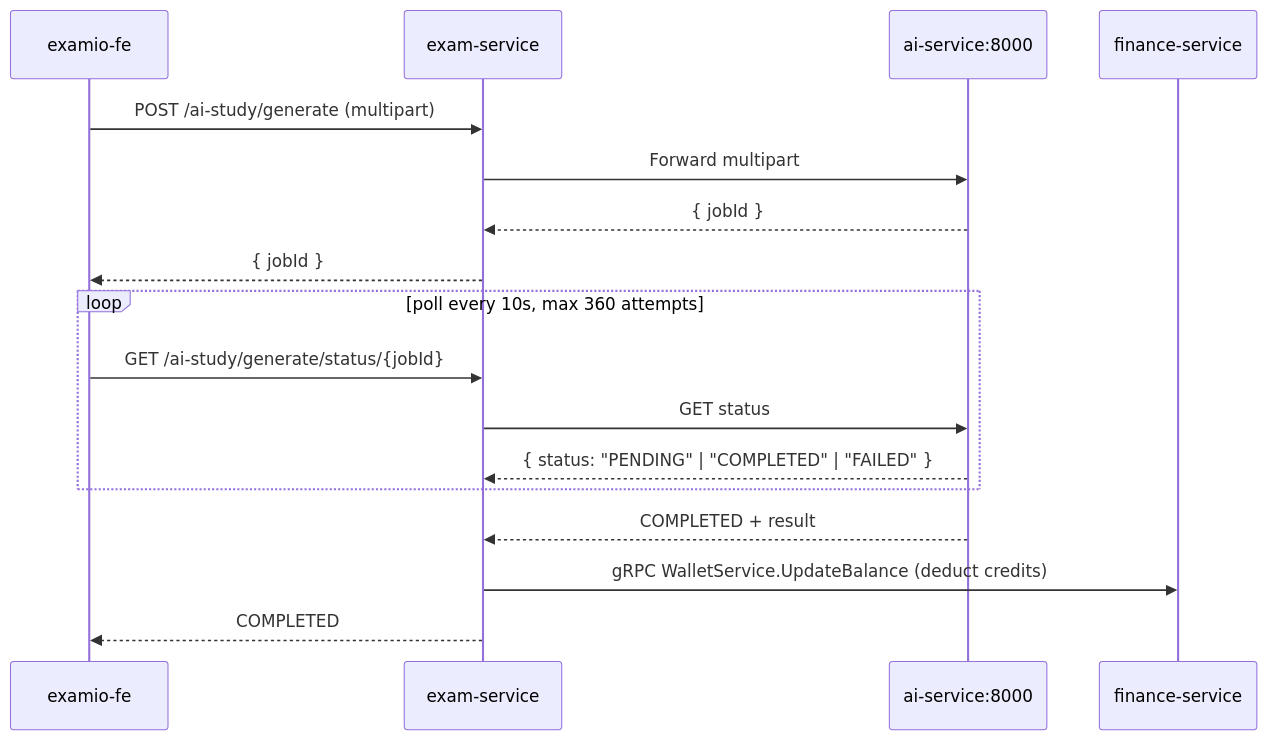
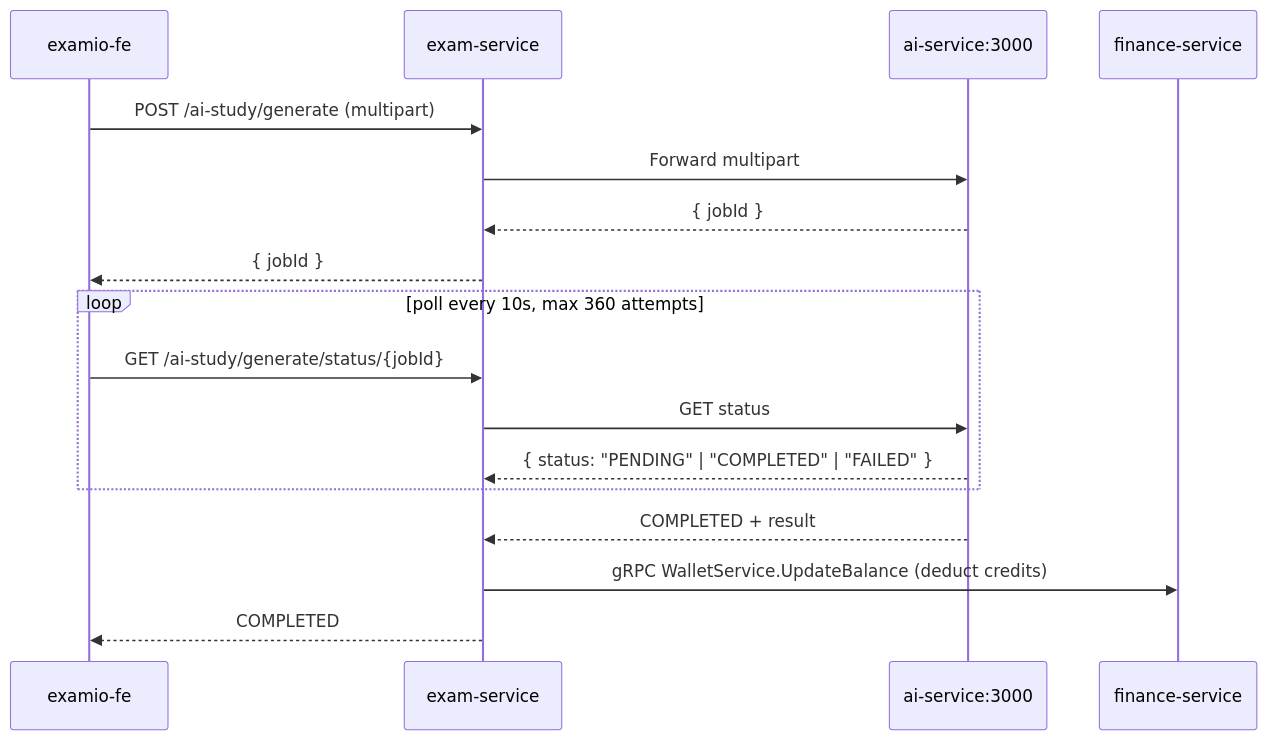
One commit to tgiap04/examio changed the fifth of 8 diagrams in docs/system/architecture.md. Above: the diagram before and after it, drawn with Mermaid. The commit also changed other lines of this file and 6 other files, not shown here.

````diff
--- a/docs/system/architecture.md
+++ b/docs/system/architecture.md
@@ -153,19 +153,19 @@
 ```mermaid
 sequenceDiagram
     participant FE as examio-fe
     participant EX as exam-service
-    participant AI as ai-service:8000
+    participant AI as ai-service:3000
     participant FIN as finance-service
     FE->>EX: POST /ai-study/generate (multipart)
     EX->>AI: Forward multipart
     AI-->>EX: { jobId }
     EX-->>FE: { jobId }
     loop poll every 10s, max 360 attempts
         FE->>EX: GET /ai-study/generate/status/{jobId}
         EX->>AI: GET status
         AI-->>EX: { status: "PENDING" | "COMPLETED" | "FAILED" }
     end
     AI-->>EX: COMPLETED + result
     EX->>FIN: gRPC WalletService.UpdateBalance (deduct credits)
     EX-->>FE: COMPLETED
 ```
````
